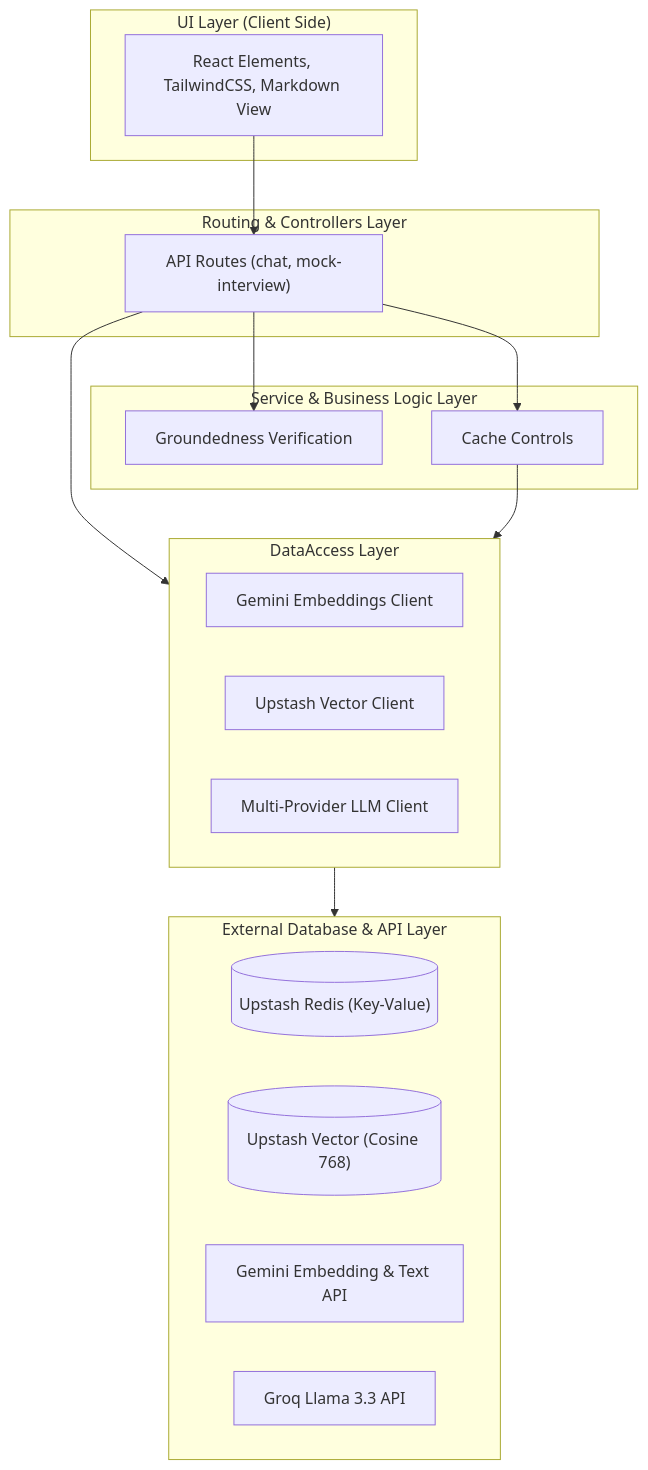
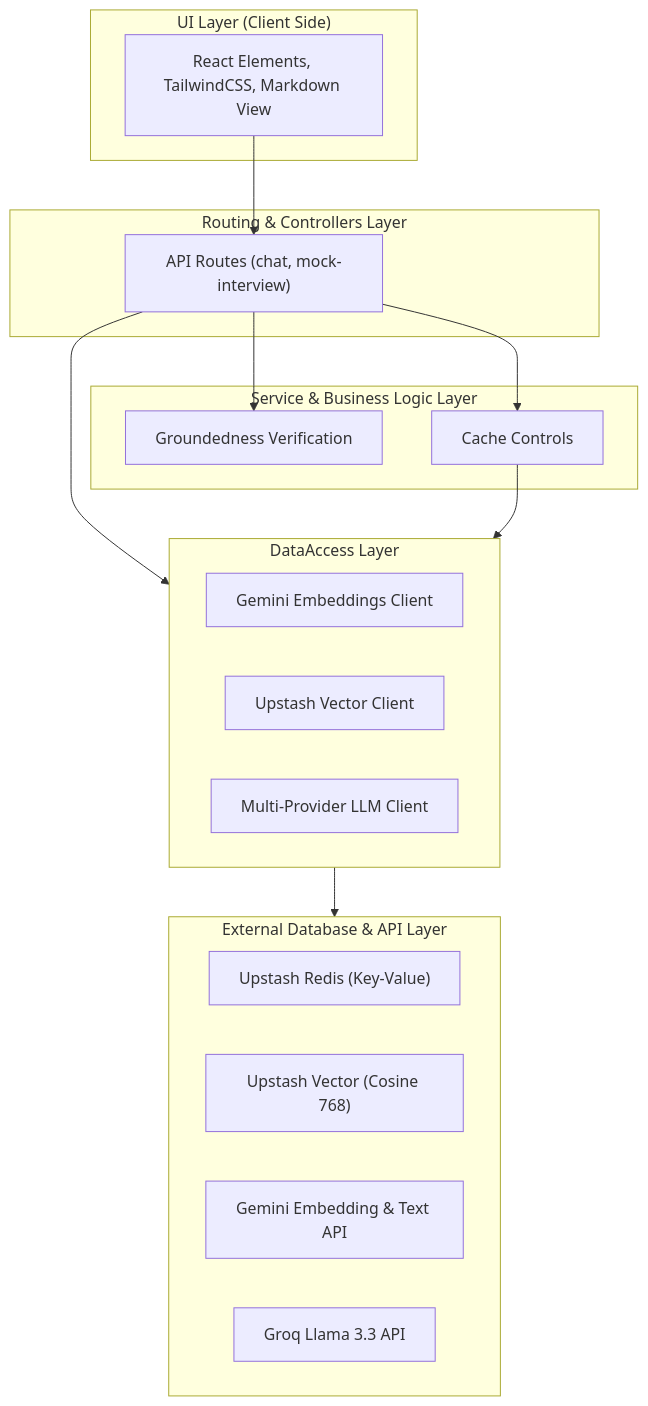
Before and after one commit to Raviksharma2005/RAG-SYSTEM-INTERVIEW-PREP-ASSISTANT: the third of 7 diagrams in PROJECT_MASTER_DOCUMENTATION.md, drawn with Mermaid. The commit also changed other lines of this file, not shown here.

Commit message:
docs: Fix Mermaid syntax errors in documentation

````diff
--- a/PROJECT_MASTER_DOCUMENTATION.md
+++ b/PROJECT_MASTER_DOCUMENTATION.md
@@ -154,31 +154,31 @@
 ```mermaid
 graph TD
     subgraph UserInterface ["UI Layer (Client Side)"]
         UI["React Elements, TailwindCSS, Markdown View"]
     end
     subgraph Routing ["Routing & Controllers Layer"]
         Controllers["API Routes (chat, mock-interview)"]
     end
     subgraph Service ["Service & Business Logic Layer"]
         GroundednessService["Groundedness Verification"]
         CachingService["Cache Controls"]
     end
     subgraph DataAccess ["DataAccess Layer"]
         EmbedClient["Gemini Embeddings Client"]
         VectorClient["Upstash Vector Client"]
         LLMClient["Multi-Provider LLM Client"]
     end
     subgraph Storage ["External Database & API Layer"]
-        RedisStorage[("Upstash Redis (Key-Value)")]
-        VectorStorage[("Upstash Vector (Cosine 768)")]
+        RedisStorage["Upstash Redis (Key-Value)"]
+        VectorStorage["Upstash Vector (Cosine 768)"]
         GeminiAPI["Gemini Embedding & Text API"]
         GroqAPI["Groq Llama 3.3 API"]
     end
 
     UI --> Controllers
     Controllers --> GroundednessService
     Controllers --> CachingService
     Controllers --> DataAccess
     CachingService --> DataAccess
     DataAccess --> Storage
 ```
````
